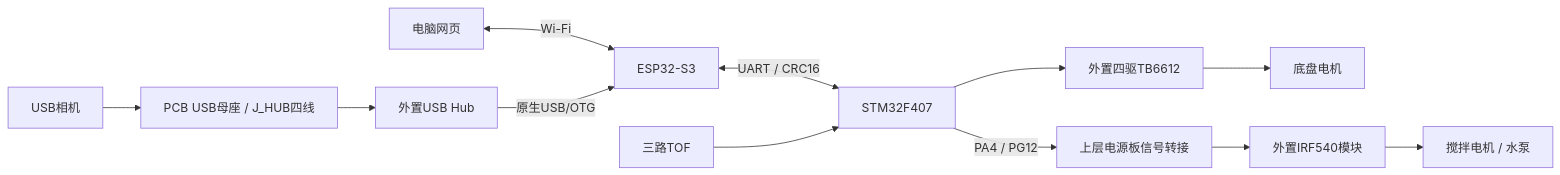
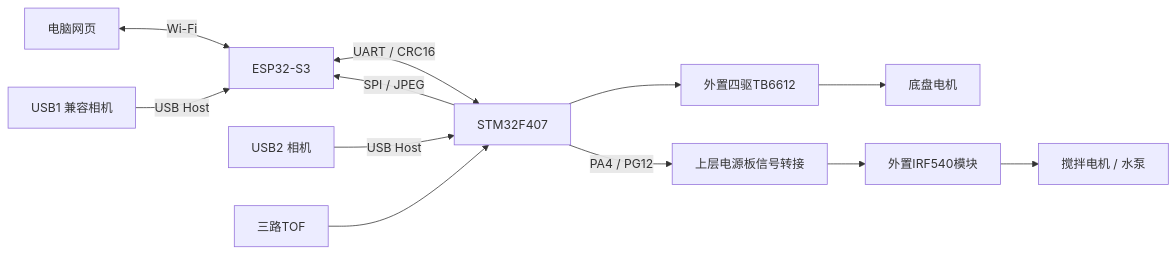
The diagram in README.md (WuWingKit/tree-whitewashing-robot), drawn with Mermaid before and after one commit. The commit also changed other lines of this file and 41 other files, not shown here.

````diff
--- a/README.md
+++ b/README.md
@@ -28,9 +29,11 @@
 ```mermaid
 flowchart LR
   PC[电脑网页] <-->|Wi-Fi| ESP[ESP32-S3]
-  CAM[USB相机] --> PORT[PCB USB母座 / J_HUB四线] --> HUB[外置USB Hub] -->|原生USB/OTG| ESP
+  CAM1[USB1 兼容相机] -->|USB Host| ESP
+  CAM2[USB2 相机] -->|USB Host| STM[STM32F407]
+  STM -->|SPI / JPEG| ESP
   ESP <-->|UART / CRC16| STM[STM32F407]
   TOF[三路TOF] --> STM
   STM --> MD04[外置四驱TB6612] --> WHEELS[底盘电机]
   STM -->|PA4 / PG12| POWER[上层电源板信号转接] --> IRF[外置IRF540模块] --> LOAD[搅拌电机 / 水泵]
 ```
````
